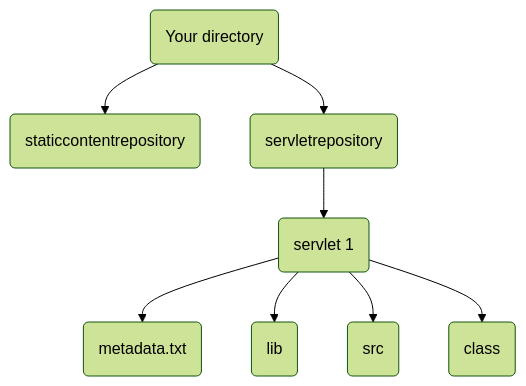
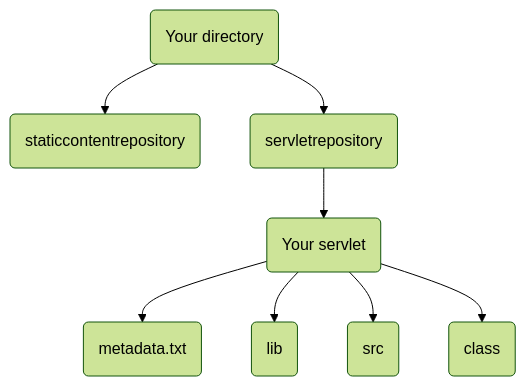
One commit to flenz00/TPBSCA changed the diagram in README.md. Above: the diagram before and after it, drawn with Mermaid (forest theme).

````diff
--- a/README.md
+++ b/README.md
@@ -42,10 +42,10 @@
 ```mermaid
 graph TD;
     A(Your directory) --> B(staticcontentrepository);
     A(Your directory) --> C(servletrepository);
     C(servletrepository) --> D(Your servlet);
-    D(servlet 1) --> F(metadata.txt);
-    D(servlet 1) --> G(lib);
-    D(servlet 1) --> H(src);
-    D(servlet 1) --> I(class);
+    D(Your servlet) --> F(metadata.txt);
+    D(Your servlet) --> G(lib);
+    D(Your servlet) --> H(src);
+    D(Your servlet) --> I(class);
 ```
````
